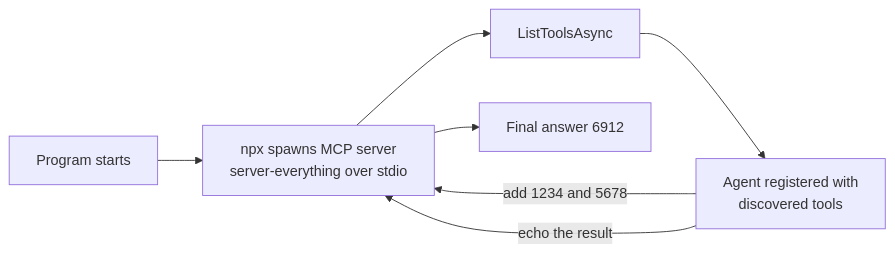
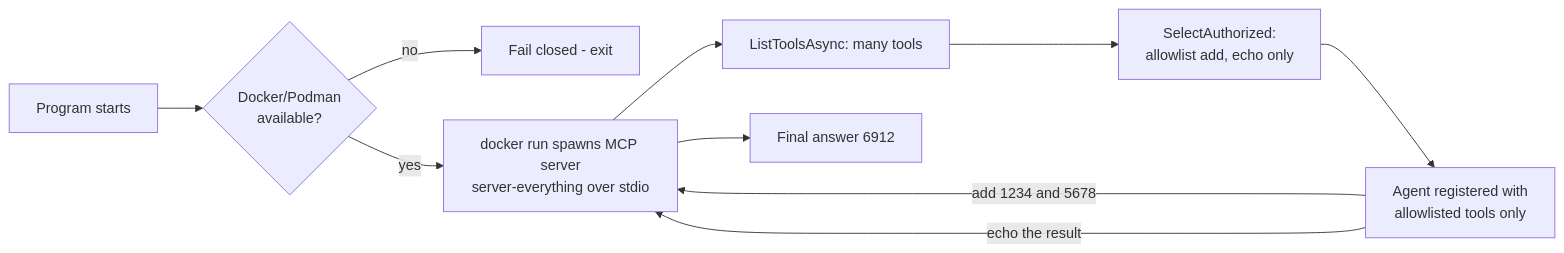
The diagram in PatternExplorer/patterns/MCP.md (arst/agentic-patterns), drawn with Mermaid before and after one commit. The commit also changed other lines of this file and 9 other files, not shown here.

First line of the commit message:
fix(mcp): pin, sandbox and allowlist the MCP server

````diff
--- a/PatternExplorer/patterns/MCP.md
+++ b/PatternExplorer/patterns/MCP.md
@@ -43,9 +46,12 @@
 ```mermaid
 flowchart LR
-    P[Program starts] --> S[npx spawns MCP server<br/>server-everything over stdio]
-    S --> L[ListToolsAsync]
-    L --> A[Agent registered with<br/>discovered tools]
+    P[Program starts] --> D{Docker/Podman<br/>available?}
+    D -- no --> X[Fail closed - exit]
+    D -- yes --> S[docker run spawns MCP server<br/>server-everything over stdio]
+    S --> L[ListToolsAsync: many tools]
+    L --> AL[SelectAuthorized:<br/>allowlist add, echo only]
+    AL --> A[Agent registered with<br/>allowlisted tools only]
     A -->|add 1234 and 5678| S
     A -->|echo the result| S
     S --> R[Final answer 6912]
 ```
````
